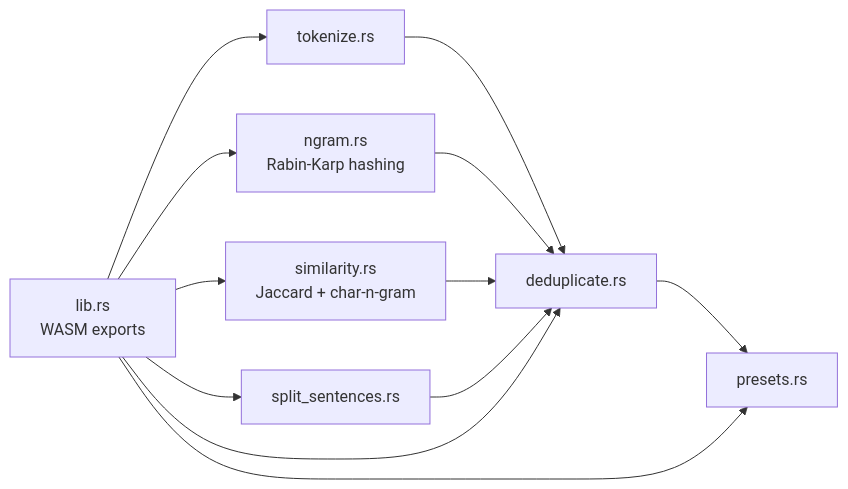
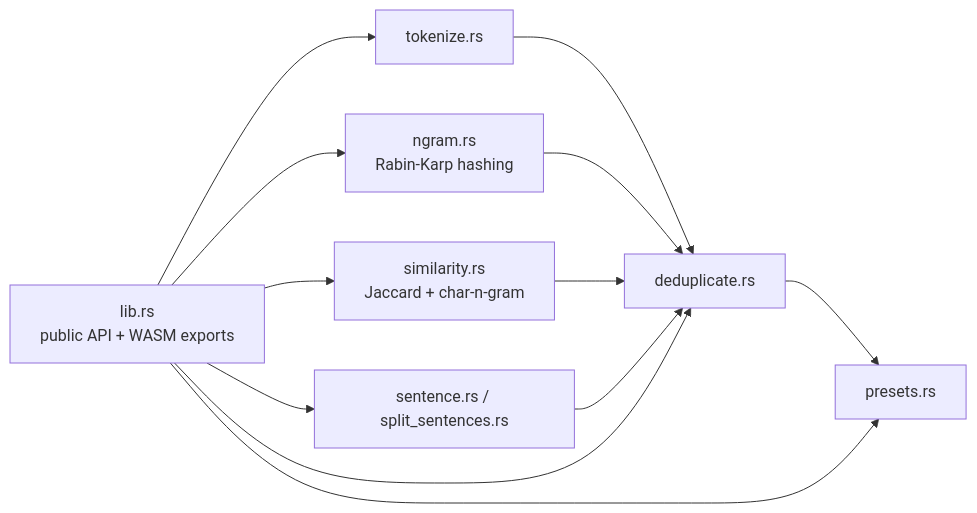
One commit to entropy-tamer/dedup changed the third of 4 diagrams in ARCHITECTURE.md. Above: the diagram before and after it, drawn with Mermaid. The commit also changed other lines of this file and 2 other files, not shown here.

Commit message:
docs: rewrite README/ARCHITECTURE for current design; add INTEGRATION guide

````diff
--- a/ARCHITECTURE.md
+++ b/ARCHITECTURE.md
@@ -110,14 +115,14 @@
 ```mermaid
 graph LR
     A[tokenize.rs] --> B[deduplicate.rs]
     C[ngram.rs<br/>Rabin-Karp hashing] --> B
     D[similarity.rs<br/>Jaccard + char-n-gram] --> B
-    E[split_sentences.rs] --> B
+    E[sentence.rs / split_sentences.rs] --> B
     B --> F[presets.rs]
-    H[lib.rs<br/>WASM exports] --> A
+    H[lib.rs<br/>public API + WASM exports] --> A
     H --> C
     H --> D
     H --> E
     H --> B
     H --> F
 ```
````
